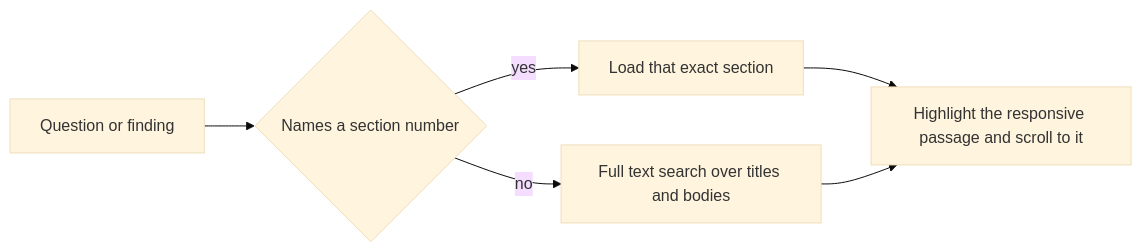
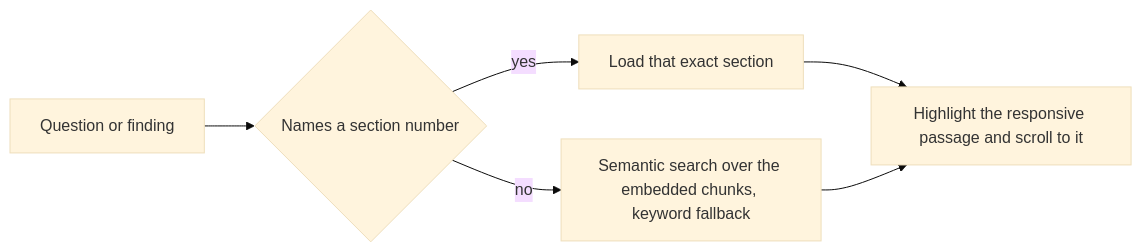
One commit to aaravmin/Pincite changed the third of 4 diagrams in README.md. Above: the diagram before and after it, drawn with Mermaid (base theme). The commit also changed other lines of this file and 37 other files, not shown here.

````diff
--- a/README.md
+++ b/README.md
@@ -97,8 +97,8 @@
 ```mermaid
 flowchart LR
   A[Question or finding] --> B{Names a section number}
   B -->|yes| C[Load that exact section]
-  B -->|no| D[Full text search over titles and bodies]
+  B -->|no| D[Semantic search over the embedded chunks, keyword fallback]
   C --> E[Highlight the responsive passage and scroll to it]
   D --> E
 ```
````
